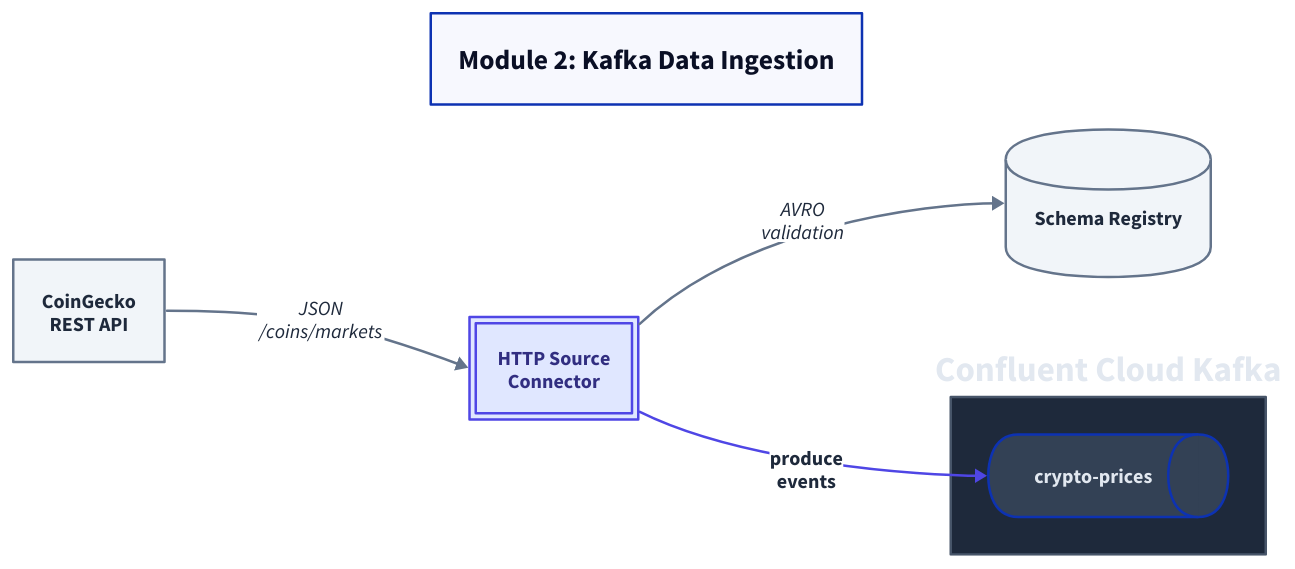
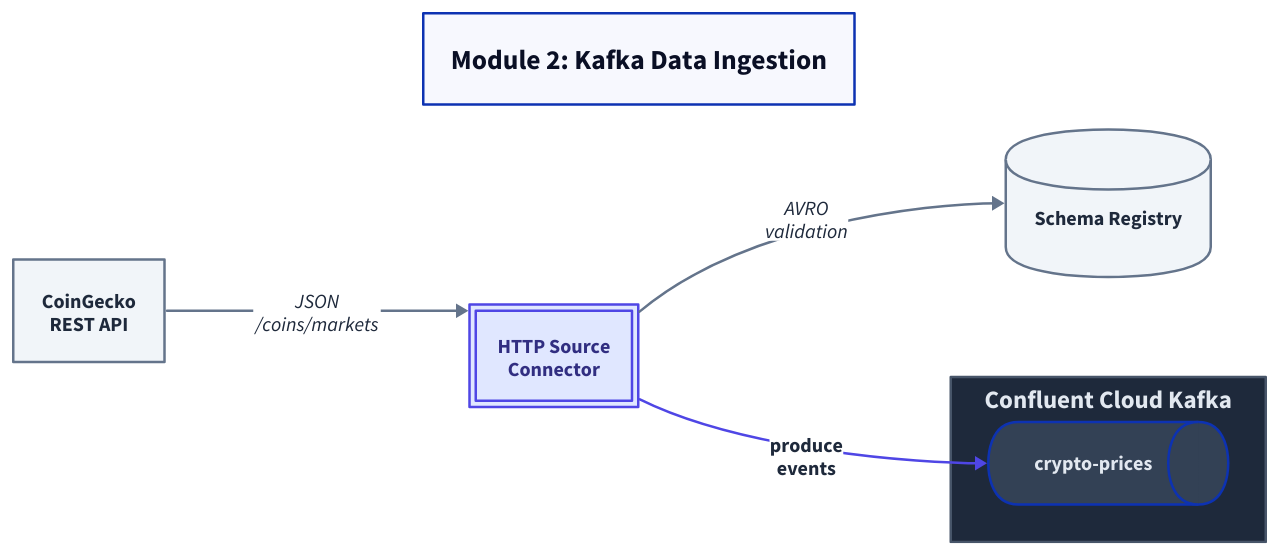
The diagram in diagrams/module2-kafka.d2 (gAmUssA/gamussa.github.com), drawn with D2 before and after one commit. The commit also changed 7 other files, not shown here.

Commit message:
fix(diagrams): Keep headings inside dark containers

```diff
--- a/diagrams/module2-kafka.d2
+++ b/diagrams/module2-kafka.d2
@@ -1,59 +1,61 @@
 direction: right
 
 title: {
   label: "Module 2: Kafka Data Ingestion"
   style.font-size: 22
   style.bold: true
   near: top-center
 }
 
 coingecko: CoinGecko\nREST API {
   style.fill: "#f1f5f9"
   style.stroke: "#64748b"
   style.font-color: "#1e293b"
   style.bold: true
 }
 
 connector: HTTP Source\nConnector {
   style.fill: "#e0e7ff"
   style.stroke: "#4F46E5"
   style.font-color: "#312e81"
   style.double-border: true
   style.bold: true
 }
 
 sr: Schema Registry {
   style.fill: "#f1f5f9"
   style.stroke: "#64748b"
   style.font-color: "#1e293b"
   shape: cylinder
   style.bold: true
 }
 
 kafka: Confluent Cloud Kafka {
+  label.near: top-center
+  style.font-size: 20
   style.fill: "#1e293b"
   style.stroke: "#475569"
   style.font-color: "#e2e8f0"
   style.bold: true
 
   crypto-prices: crypto-prices {
     shape: queue
     style.fill: "#334155"
     style.font-color: "#e2e8f0"
     style.bold: true
   }
 }
 
 coingecko -> connector: "JSON\n/coins/markets" {
   style.stroke: "#64748b"
   style.font-color: "#1e293b"
 }
 connector -> sr: "AVRO\nvalidation" {
   style.stroke: "#64748b"
   style.font-color: "#1e293b"
 }
 connector -> kafka.crypto-prices: "produce\nevents" {
   style.stroke: "#4F46E5"
   style.font-color: "#1e293b"
   style.bold: true
 }
```
